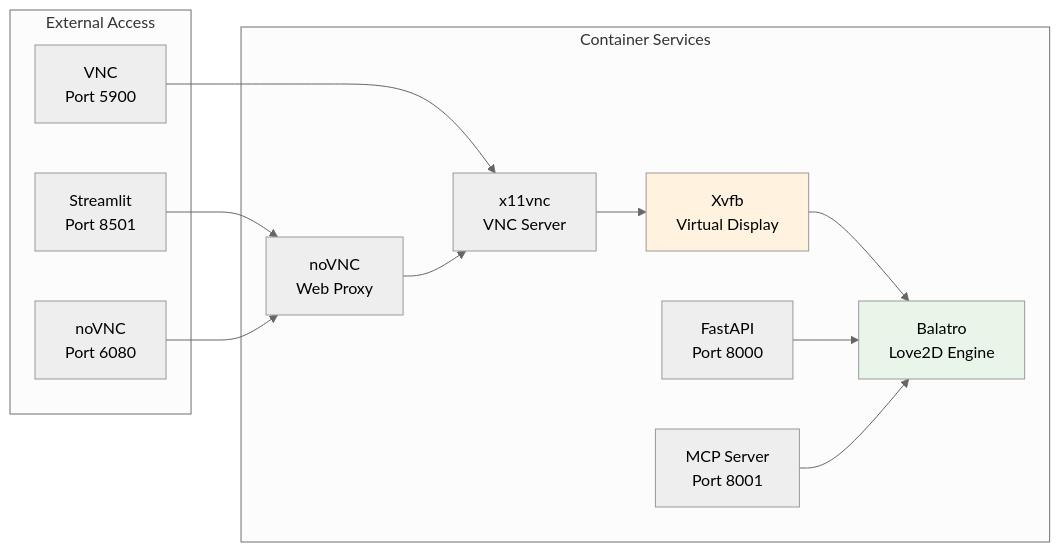
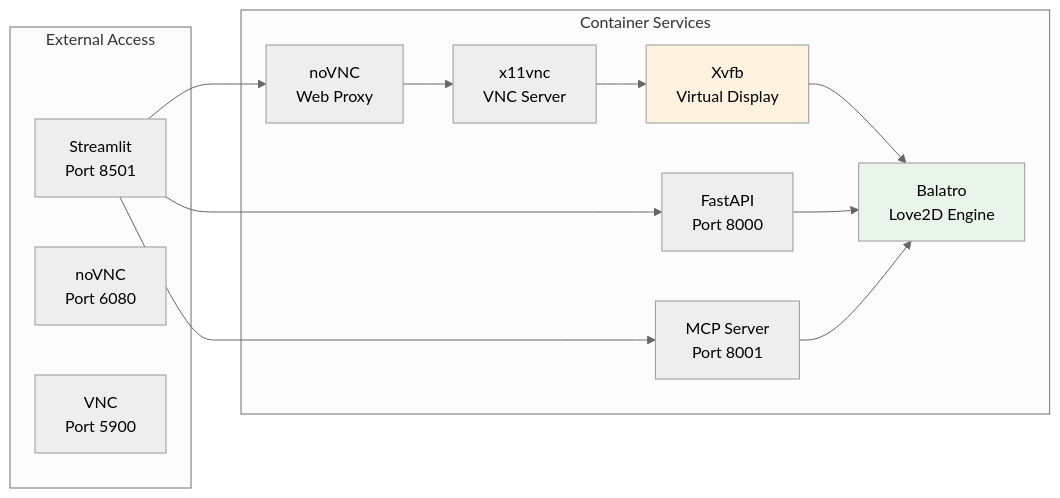
The third of 3 diagrams in README.md (Javier-Jimenez99/JokerNet), drawn with Mermaid (neutral theme) before and after one commit. The commit also changed other lines of this file and 1 other file, not shown here.

````diff
--- a/README.md
+++ b/README.md
@@ -319,29 +396,29 @@
 ```mermaid
 graph LR
     subgraph "External Access"
         A[Streamlit<br/>Port 8501]
         B[noVNC<br/>Port 6080]
         C[VNC<br/>Port 5900]
     end
 
     subgraph "Container Services"
         D[Xvfb<br/>Virtual Display]
         E[x11vnc<br/>VNC Server]
         F[noVNC<br/>Web Proxy]
         G[FastAPI<br/>Port 8000]
         H[MCP Server<br/>Port 8001]
         I[Balatro<br/>Love2D Engine]
     end
 
     A --> F
-    B --> F
-    C --> E
+    A --> G
+    A --> H
     F --> E
     E --> D
     D --> I
     G --> I
     H --> I
 
     style I fill:#e8f5e8
     style D fill:#fff3e0
 ```
````
